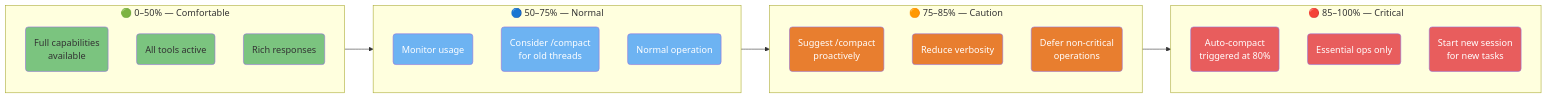
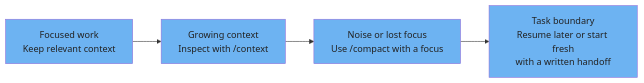
One commit to FlorianBruniaux/claude-code-ultimate-guide changed the first of 4 diagrams in guide/diagrams/02-context-and-sessions.md. Above: the diagram before and after it, drawn with Mermaid. The commit also changed other lines of this file and 17 other files, not shown here.

Commit message:
docs: refresh all diagrams and correct their source guidance

````diff
--- a/guide/diagrams/02-context-and-sessions.md
+++ b/guide/diagrams/02-context-and-sessions.md
@@ -17,54 +17,14 @@
 ```mermaid
 flowchart LR
-    subgraph GREEN["🟢 0–50% — Comfortable"]
-        G1(Full capabilities<br/>available)
-        G2(All tools active)
-        G3(Rich responses)
-    end
-
-    subgraph BLUE["🔵 50–75% — Normal"]
-        B1(Monitor usage)
-        B2(Consider /compact<br/>for old threads)
-        B3(Normal operation)
-    end
-
-    subgraph ORANGE["🟠 75–85% — Caution"]
-        O1(Suggest /compact<br/>proactively)
-        O2(Reduce verbosity)
-        O3(Defer non-critical<br/>operations)
-    end
-
-    subgraph RED["🔴 85–100% — Critical"]
-        R1(Auto-compact<br/>triggered at 80%)
-        R2(Essential ops only)
-        R3(Start new session<br/>for new tasks)
-    end
-
-    GREEN --> BLUE --> ORANGE --> RED
-
-    style G1 fill:#7BC47F,color:#333
-    style G2 fill:#7BC47F,color:#333
-    style G3 fill:#7BC47F,color:#333
-    style B1 fill:#6DB3F2,color:#fff
-    style B2 fill:#6DB3F2,color:#fff
-    style B3 fill:#6DB3F2,color:#fff
-    style O1 fill:#E87E2F,color:#fff
-    style O2 fill:#E87E2F,color:#fff
-    style O3 fill:#E87E2F,color:#fff
-    style R1 fill:#E85D5D,color:#fff
-    style R2 fill:#E85D5D,color:#fff
-    style R3 fill:#E85D5D,color:#fff
-
-    click G1 href "https://github.com/FlorianBruniaux/claude-code-ultimate-guide/blob/main/guide/ultimate-guide.md#22-context-management" "0-50%: Full capabilities"
-    click G2 href "https://github.com/FlorianBruniaux/claude-code-ultimate-guide/blob/main/guide/ultimate-guide.md#22-context-management" "0-50%: All tools active"
-    click G3 href "https://github.com/FlorianBruniaux/claude-code-ultimate-guide/blob/main/guide/ultimate-guide.md#22-context-management" "0-50%: Rich responses"
-    click B1 href "https://github.com/FlorianBruniaux/claude-code-ultimate-guide/blob/main/guide/ultimate-guide.md#22-context-management" "50-75%: Monitor usage"
-    click B2 href "https://github.com/FlorianBruniaux/claude-code-ultimate-guide/blob/main/guide/ultimate-guide.md#22-context-management" "50-75%: Consider /compact"
-    click B3 href "https://github.com/FlorianBruniaux/claude-code-ultimate-guide/blob/main/guide/ultimate-guide.md#22-context-management" "50-75%: Normal operation"
-    click O1 href "https://github.com/FlorianBruniaux/claude-code-ultimate-guide/blob/main/guide/ultimate-guide.md#22-context-management" "75-85%: Suggest /compact"
-    click O2 href "https://github.com/FlorianBruniaux/claude-code-ultimate-guide/blob/main/guide/ultimate-guide.md#22-context-management" "75-85%: Reduce verbosity"
-    click O3 href "https://github.com/FlorianBruniaux/claude-code-ultimate-guide/blob/main/guide/ultimate-guide.md#22-context-management" "75-85%: Defer non-critical"
-    click R1 href "https://github.com/FlorianBruniaux/claude-code-ultimate-guide/blob/main/guide/ultimate-guide.md#22-context-management" "85-100%: Auto-compact"
-    click R2 href "https://github.com/FlorianBruniaux/claude-code-ultimate-guide/blob/main/guide/ultimate-guide.md#22-context-management" "85-100%: Essential ops only"
-    click R3 href "https://github.com/FlorianBruniaux/claude-code-ultimate-guide/blob/main/guide/ultimate-guide.md#22-context-management" "85-100%: Start new session"
+    G[Focused work<br/>Keep relevant context] --> B[Growing context<br/>Inspect with /context]
+    B --> O[Noise or lost focus<br/>Use /compact with a focus]
+    O --> R[Task boundary<br/>Resume later or start fresh<br/>with a written handoff]
+    style G fill:#6DB3F2,color:#222
+    click G href "https://github.com/FlorianBruniaux/claude-code-ultimate-guide/blob/main/guide/ultimate-guide.md#22-context-management" "Context management"
+    style B fill:#6DB3F2,color:#222
+    click B href "https://github.com/FlorianBruniaux/claude-code-ultimate-guide/blob/main/guide/ultimate-guide.md#22-context-management" "Context management"
+    style O fill:#6DB3F2,color:#222
+    click O href "https://github.com/FlorianBruniaux/claude-code-ultimate-guide/blob/main/guide/ultimate-guide.md#22-context-management" "Context management"
+    style R fill:#6DB3F2,color:#222
+    click R href "https://github.com/FlorianBruniaux/claude-code-ultimate-guide/blob/main/guide/ultimate-guide.md#22-context-management" "Context management"
 ```
````
